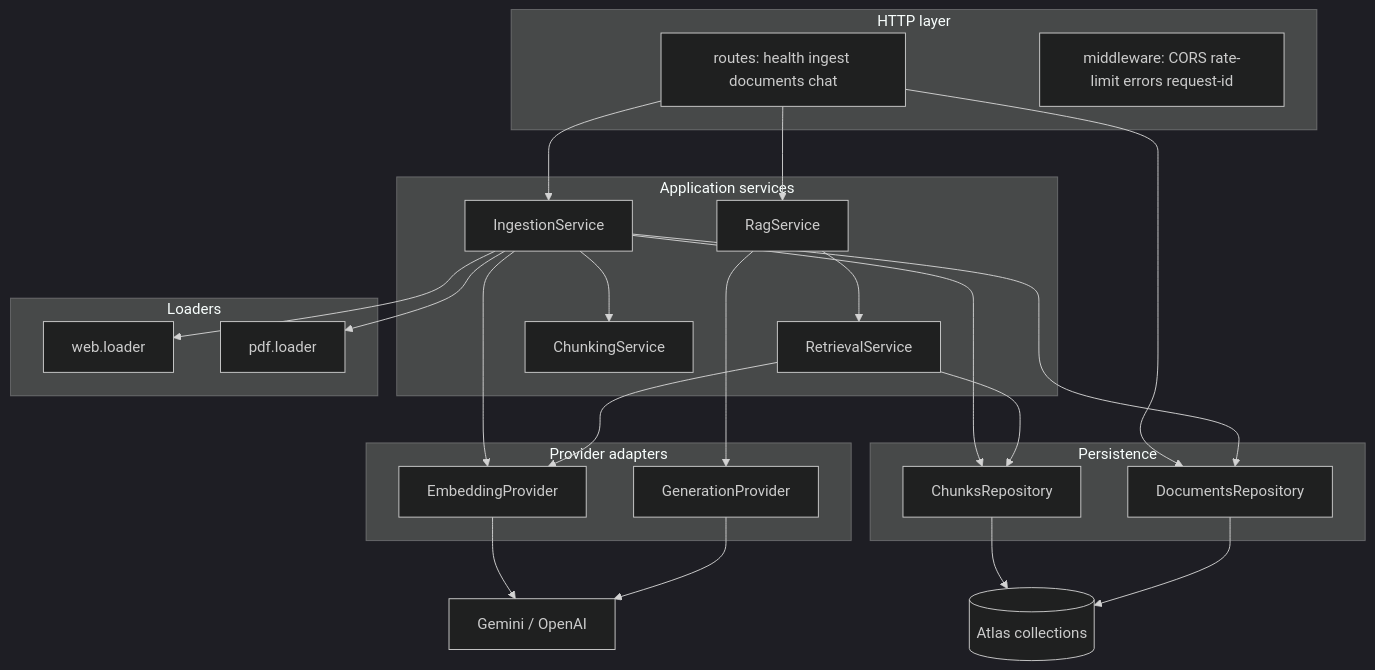
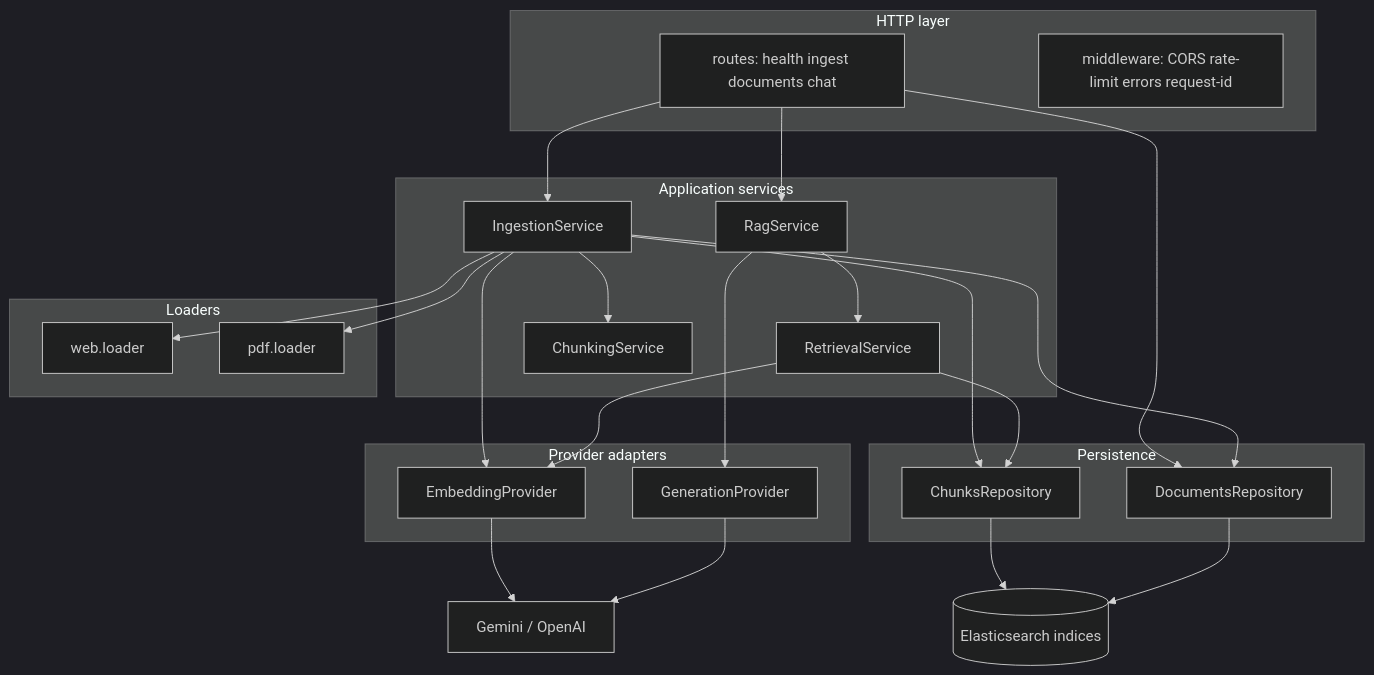
Before and after one commit to 12dkaskar/rag-scrapper-solution: the second of 8 diagrams in docs/implementation-guide.md, drawn with Mermaid (dark theme). The commit also changed other lines of this file and 30 other files, not shown here.

Commit message:
elasticsearch and kibana integration replacing mongo atlas

````diff
--- a/docs/implementation-guide.md
+++ b/docs/implementation-guide.md
@@ -65,47 +65,47 @@
 ```mermaid
 flowchart TB
     subgraph http [HTTP layer]
         Routes[routes: health ingest documents chat]
         MW[middleware: CORS rate-limit errors request-id]
     end
 
     subgraph services [Application services]
         Ingest[IngestionService]
         RAG[RagService]
         Retrieve[RetrievalService]
         Chunk[ChunkingService]
     end
 
     subgraph adapters [Provider adapters]
         Emb[EmbeddingProvider]
         Gen[GenerationProvider]
     end
 
     subgraph loaders [Loaders]
         WebL[web.loader]
         PdfL[pdf.loader]
     end
 
     subgraph persistence [Persistence]
         DocRepo[DocumentsRepository]
         ChunkRepo[ChunksRepository]
     end
 
     Routes --> Ingest
     Routes --> RAG
     Routes --> DocRepo
     Ingest --> WebL
     Ingest --> PdfL
     Ingest --> Chunk
     Ingest --> Emb
     Ingest --> DocRepo
     Ingest --> ChunkRepo
     RAG --> Retrieve
     RAG --> Gen
     Retrieve --> Emb
     Retrieve --> ChunkRepo
     Emb --> GeminiExt[Gemini / OpenAI]
     Gen --> GeminiExt
-    ChunkRepo --> AtlasDB[(Atlas collections)]
-    DocRepo --> AtlasDB
+    ChunkRepo --> ESDB[(Elasticsearch indices)]
+    DocRepo --> ESDB
 ```
````
